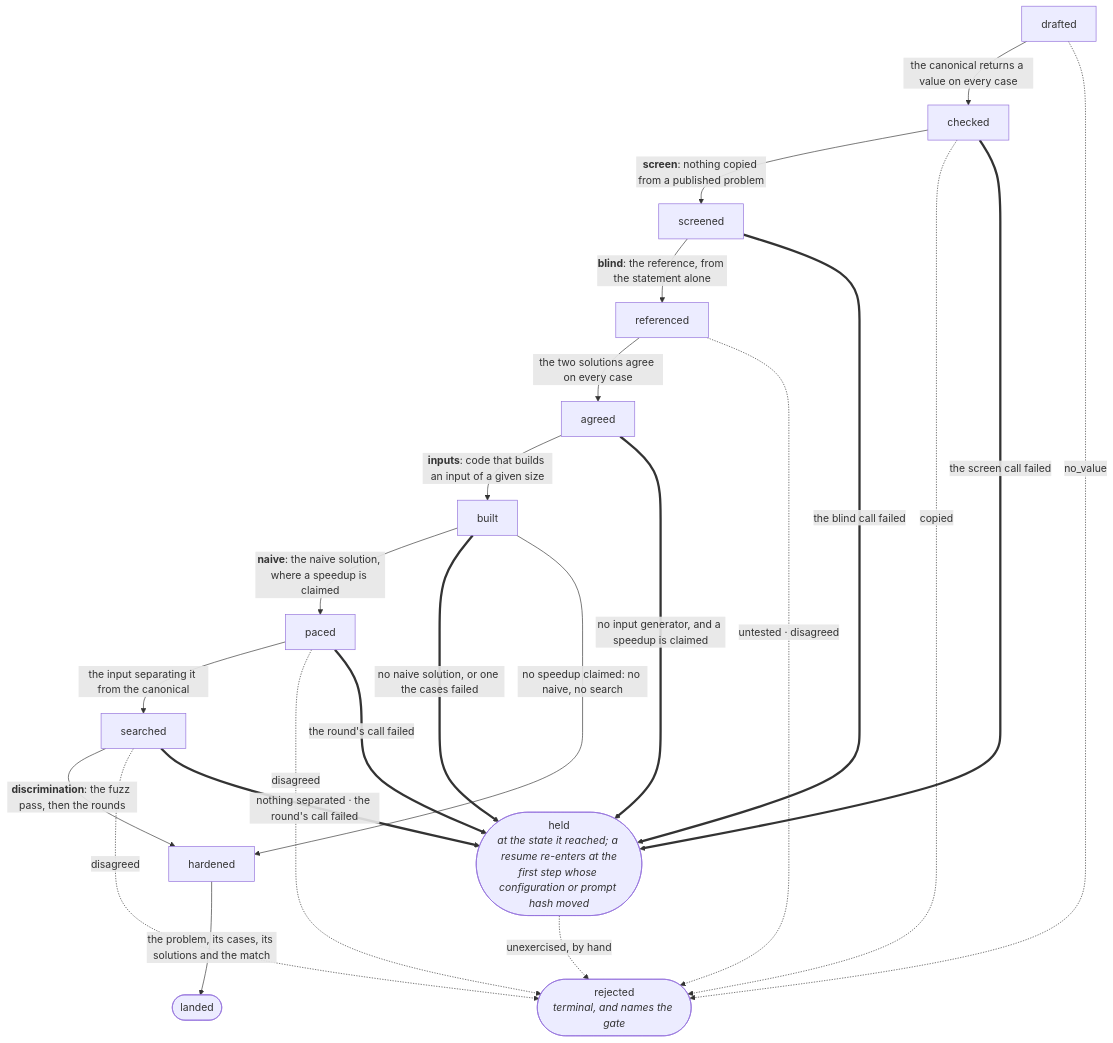
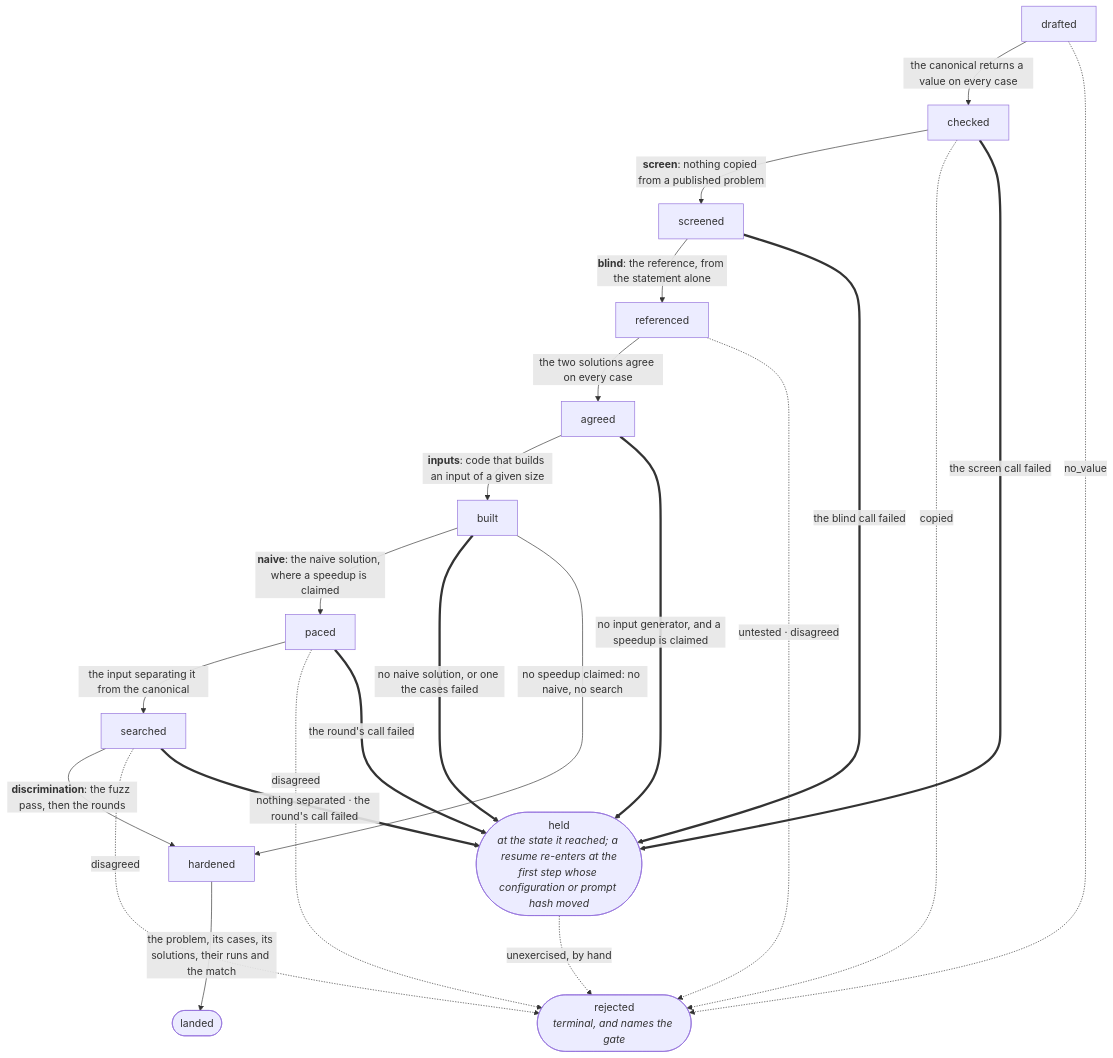
One commit to climbance/climbance changed the diagram in docs/architecture/flows.md. Above: the diagram before and after it, drawn with Mermaid. The commit also changed 78 other files, not shown here.

````diff
--- a/docs/architecture/flows.md
+++ b/docs/architecture/flows.md
@@ -303,27 +303,27 @@
 ```mermaid
 flowchart TB
   D["drafted"] -->|"the canonical returns a value on every case"| C["checked"]
   C -->|"<b>screen</b>: nothing copied from a published problem"| Q["screened"]
   Q -->|"<b>blind</b>: the reference, from the statement alone"| R["referenced"]
   R -->|"the two solutions agree on every case"| A["agreed"]
   A -->|"<b>inputs</b>: code that builds an input of a given size"| B["built"]
   B -->|"<b>naive</b>: the naive solution, where a speedup is claimed"| P["paced"]
   P -->|"the input separating it from the canonical"| S["searched"]
   S -->|"<b>discrimination</b>: the fuzz pass, then the rounds"| H["hardened"]
-  H -->|"the problem, its cases, its solutions and the match"| L(["landed"])
+  H -->|"the problem, its cases, its solutions, their runs and the match"| L(["landed"])
 
   D -.->|"no_value"| X(["rejected<br/><i>terminal, and names the gate</i>"])
   C -.->|"copied"| X
   R -.->|"untested · disagreed"| X
   P -.->|"disagreed"| X
   S -.->|"disagreed"| X
 
   C ==>|"the screen call failed"| Z(["held<br/><i>at the state it reached; a resume re-enters at the<br/>first step whose configuration or prompt hash moved</i>"])
   Q ==>|"the blind call failed"| Z
   A ==>|"no input generator, and a speedup is claimed"| Z
   B ==>|"no naive solution, or one the cases failed"| Z
   P ==>|"the round's call failed"| Z
   S ==>|"nothing separated · the round's call failed"| Z
   B -->|"no speedup claimed: no naive, no search"| H
   Z -.->|"unexercised, by hand"| X
 ```
````
